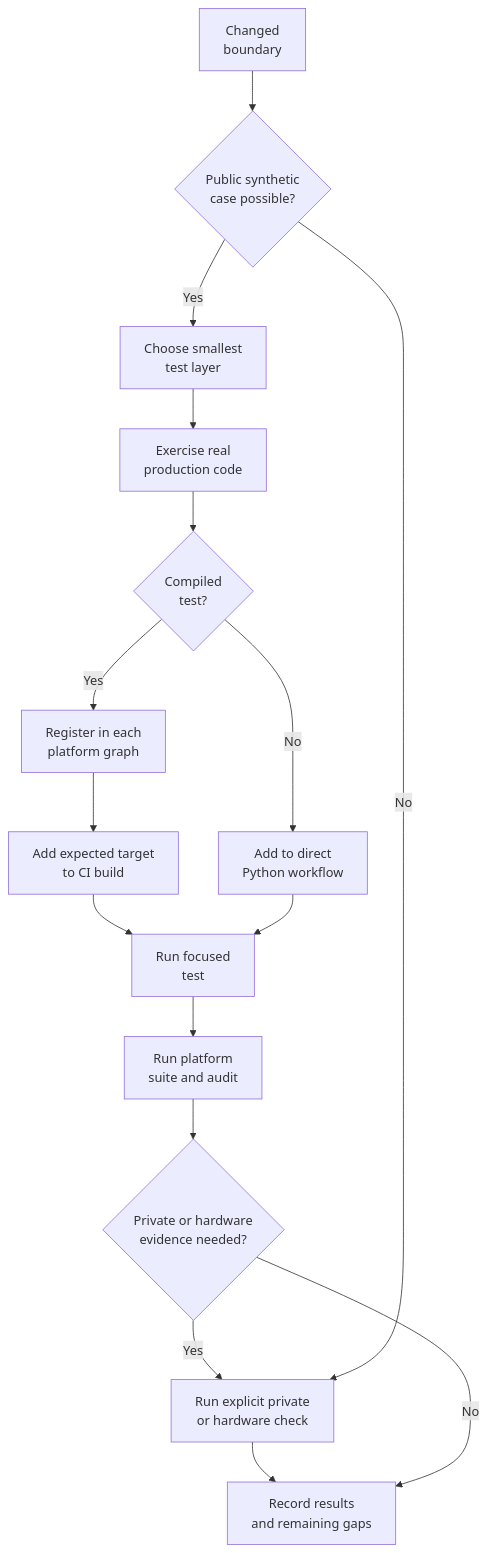
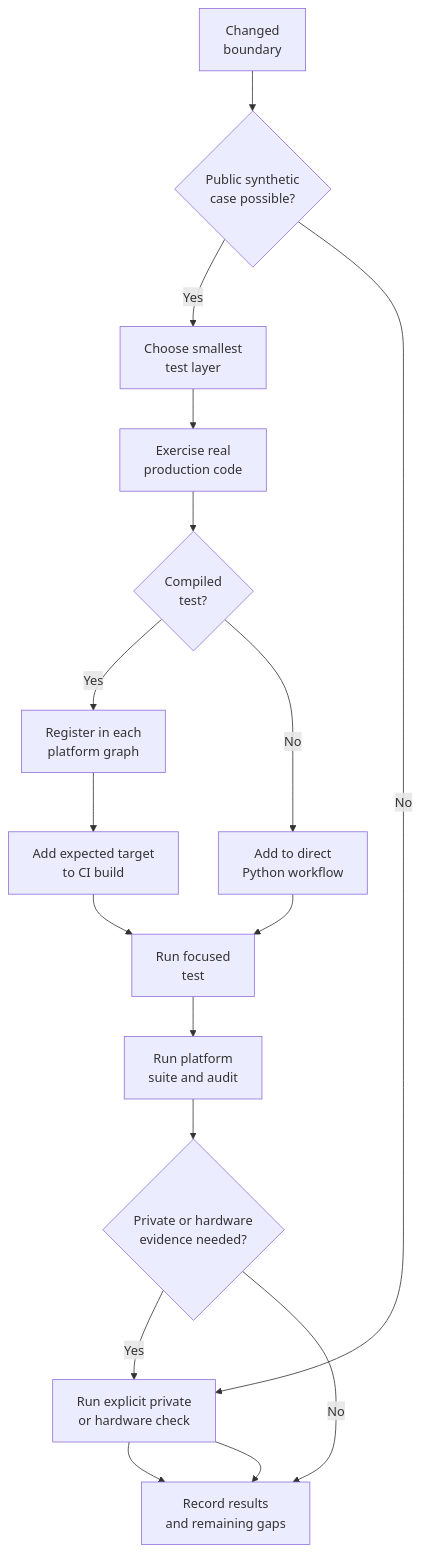
The sixth of 6 diagrams in docs/architecture/Testing.md (irregularthanis/bluewake), drawn with Mermaid before and after one commit. The commit also changed other lines of this file, not shown here.

Commit message:
docs: address testing architecture review

````diff
--- a/docs/architecture/Testing.md
+++ b/docs/architecture/Testing.md
@@ -608,27 +613,27 @@
 ```mermaid
 flowchart TD
     Boundary["Changed<br>boundary"]
     Public{"Public synthetic<br>case possible?"}
     Layer["Choose smallest<br>test layer"]
     Real["Exercise real<br>production code"]
     Register{"Compiled<br>test?"}
     CTest["Register in each<br>platform graph"]
     Python["Add to direct<br>Python workflow"]
     CI["Add expected target<br>to CI build"]
     Focused["Run focused<br>test"]
     Platform["Run platform<br>suite and audit"]
     More{"Private or hardware<br>evidence needed?"}
     Private["Run explicit private<br>or hardware check"]
     Report["Record results<br>and remaining gaps"]
 
     Boundary --> Public
     Public -->|Yes| Layer --> Real --> Register
     Register -->|Yes| CTest --> CI
     Register -->|No| Python
     CI --> Focused
     Python --> Focused
     Focused --> Platform --> More
     More -->|Yes| Private --> Report
     More -->|No| Report
-    Public -->|No| Private
+    Public -->|No| Private --> Report
 ```
````
